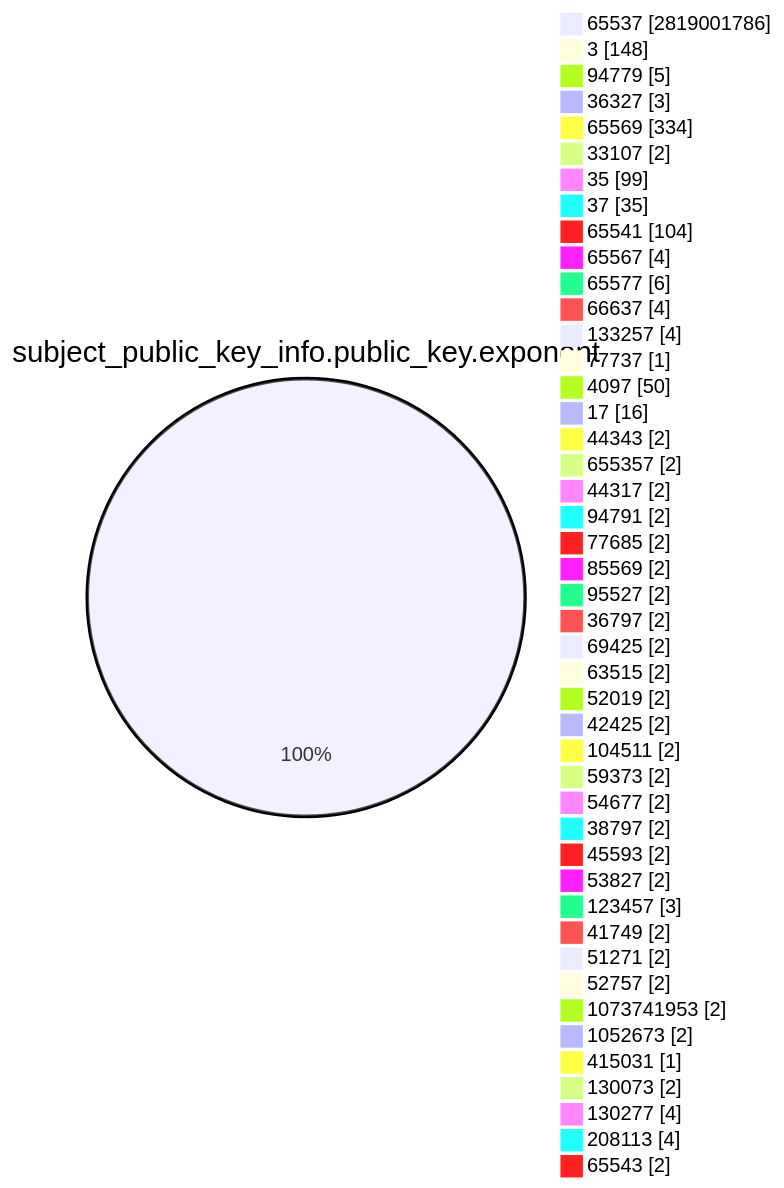
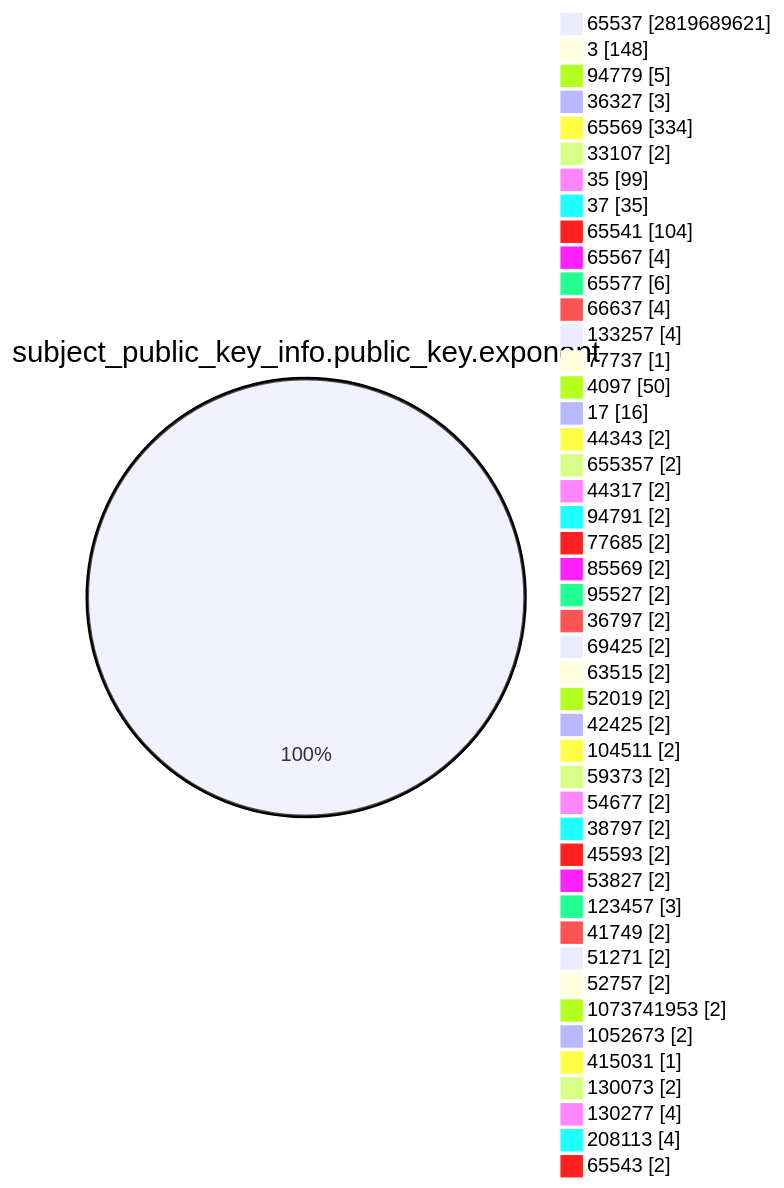
One commit to christiankrug/ctmonitor_visualization changed the fourth of 15 diagrams in TOTAL/README.md. Above: the diagram before and after it, drawn with Mermaid. The commit also changed other lines of this file, not shown here.

````diff
--- a/TOTAL/README.md
+++ b/TOTAL/README.md
@@ -1468,49 +1468,49 @@
 ```mermaid
 pie showData
 title subject_public_key_info.public_key.exponent
-"65537" :2819001786
+"65537" :2819689621
 "3" :148
 "94779" :5
 "36327" :3
 "65569" :334
 "33107" :2
 "35" :99
 "37" :35
 "65541" :104
 "65567" :4
 "65577" :6
 "66637" :4
 "133257" :4
 "77737" :1
 "4097" :50
 "17" :16
 "44343" :2
 "655357" :2
 "44317" :2
 "94791" :2
 "77685" :2
 "85569" :2
 "95527" :2
 "36797" :2
 "69425" :2
 "63515" :2
 "52019" :2
 "42425" :2
 "104511" :2
 "59373" :2
 "54677" :2
 "38797" :2
 "45593" :2
 "53827" :2
 "123457" :3
 "41749" :2
 "51271" :2
 "52757" :2
 "1073741953" :2
 "1052673" :2
 "415031" :1
 "130073" :2
 "130277" :4
 "208113" :4
 "65543" :2
 ```
````
